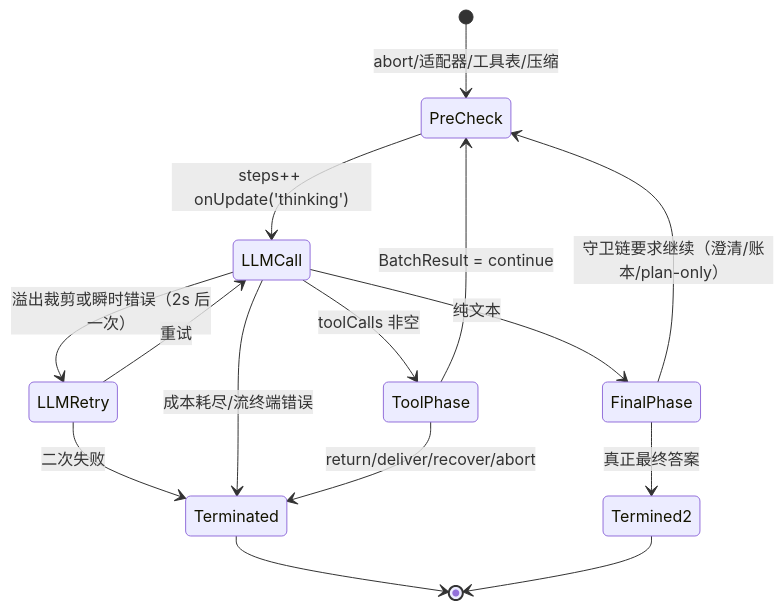
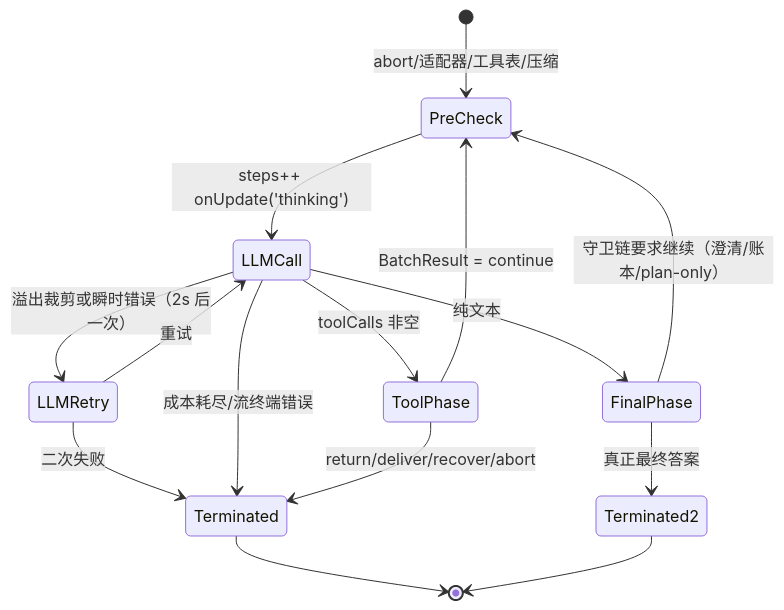
The fifth of 6 diagrams in docs/agent-core/agent运行逻辑分析.md (zjordon/webbrain), drawn with Mermaid before and after one commit. The commit also changed other lines of this file, not shown here.

Commit message:
提交文档更新

````diff
--- a/docs/agent-core/agent运行逻辑分析.md
+++ b/docs/agent-core/agent运行逻辑分析.md
@@ -307,17 +307,17 @@
 ```mermaid
 stateDiagram-v2
     [*] --> PreCheck : abort/适配器/工具表/压缩
     PreCheck --> LLMCall : steps++ onUpdate('thinking')
     LLMCall --> LLMRetry : 溢出裁剪或瞬时错误（2s 后一次）
     LLMRetry --> LLMCall : 重试
     LLMRetry --> Terminated : 二次失败
     LLMCall --> ToolPhase : toolCalls 非空
     LLMCall --> FinalPhase : 纯文本
     LLMCall --> Terminated : 成本耗尽/流终端错误
     ToolPhase --> PreCheck : BatchResult = continue
     ToolPhase --> Terminated : return/deliver/recover/abort
     FinalPhase --> PreCheck : 守卫链要求继续（澄清/账本/plan-only）
-    FinalPhase --> Termined2 : 真正最终答案
+    FinalPhase --> Terminated2 : 真正最终答案
     Terminated --> [*]
-    Termined2 --> [*]
+    Terminated2 --> [*]
 ```
````
